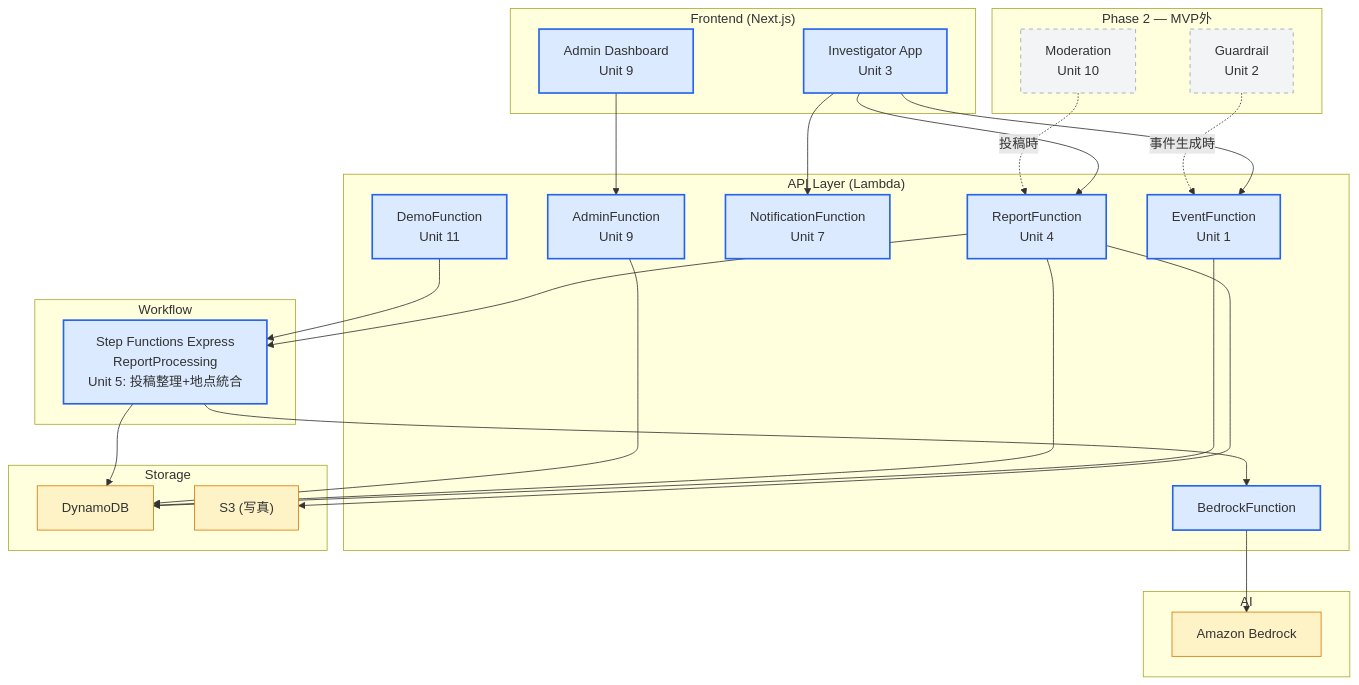
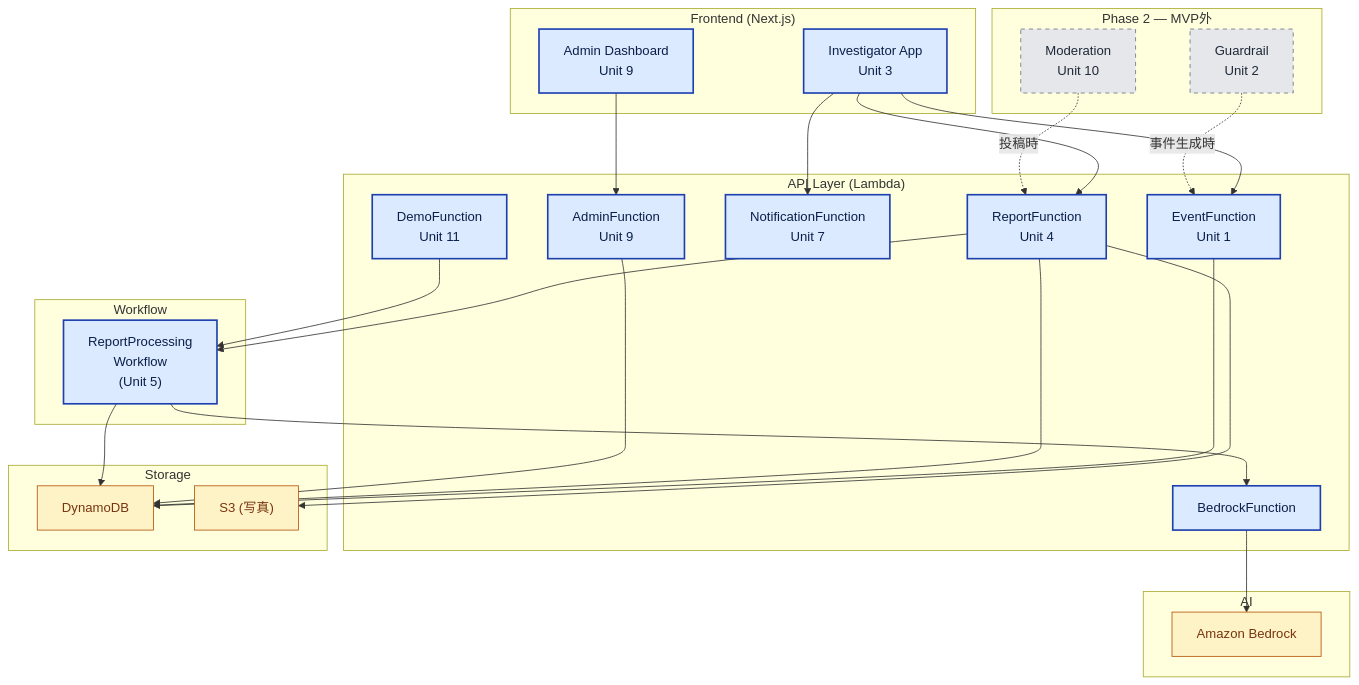
The second of 2 diagrams in README.md (OCH-OB/Team_Programing-Div), drawn with Mermaid before and after one commit.

Commit message:
fix(readme): コンポーネント全体図の可読性を改善
PR #11 のレビューで「文字が見にくい」というフィードバックを反映:

- classDef に明示的な `color:` 属性を追加(GitHub の light/dark テーマ
  両方で文字色が安定して描画される)
  - phase1: 濃紺テキスト on 薄青背景
  - phase2: 濃灰テキスト on 中間グレー背景(コントラスト改善)
  - storage: 濃茶テキスト on 薄黄背景
- Step Functions ノードの 3 行テキストを 2 行+簡潔表記に短縮
  ("Step Functions Express / ReportProcessing / Unit 5: 投稿整理+地点統合"
  → "ReportProcessing / Workflow / (Unit 5)")
  → ノード内フォント自動縮小を回避

````diff
--- a/README.md
+++ b/README.md
@@ -183,59 +183,59 @@
 ```mermaid
 graph TB
   subgraph Frontend["Frontend (Next.js)"]
     Inv["Investigator App<br/>Unit 3"]
     Adm["Admin Dashboard<br/>Unit 9"]
   end
 
   subgraph API["API Layer (Lambda)"]
     EF["EventFunction<br/>Unit 1"]
     RF["ReportFunction<br/>Unit 4"]
     NF["NotificationFunction<br/>Unit 7"]
     AF["AdminFunction<br/>Unit 9"]
     DF["DemoFunction<br/>Unit 11"]
     BF["BedrockFunction"]
   end
 
   subgraph Workflow["Workflow"]
-    SFN["Step Functions Express<br/>ReportProcessing<br/>Unit 5: 投稿整理+地点統合"]
+    SFN["ReportProcessing<br/>Workflow<br/>(Unit 5)"]
   end
 
   subgraph AI["AI"]
     BR["Amazon Bedrock"]
   end
 
   subgraph Storage["Storage"]
     DDB["DynamoDB"]
     S3["S3 (写真)"]
   end
 
   subgraph Phase2["Phase 2 — MVP外"]
     GR["Guardrail<br/>Unit 2"]
     MOD["Moderation<br/>Unit 10"]
   end
 
   Inv --> EF
   Inv --> RF
   Inv --> NF
   Adm --> AF
   RF --> SFN
   DF --> SFN
   SFN --> BF
   BF --> BR
   EF --> DDB
   RF --> DDB
   RF --> S3
   AF --> DDB
   SFN --> DDB
 
   GR -.事件生成時.-> EF
   MOD -.投稿時.-> RF
 
-  classDef phase1 fill:#dbeafe,stroke:#2563eb,stroke-width:2px
-  classDef phase2 fill:#f3f4f6,stroke:#9ca3af,stroke-dasharray: 5 5
-  classDef storage fill:#fef3c7,stroke:#d97706
+  classDef phase1 fill:#dbeafe,stroke:#1e40af,stroke-width:2px,color:#0b1f4a
+  classDef phase2 fill:#e5e7eb,stroke:#6b7280,stroke-dasharray:5 5,color:#1f2937
+  classDef storage fill:#fef3c7,stroke:#b45309,color:#78350f
 
   class Inv,Adm,EF,RF,NF,AF,DF,SFN,BF phase1
   class GR,MOD phase2
   class DDB,S3,BR storage
 ```
````
